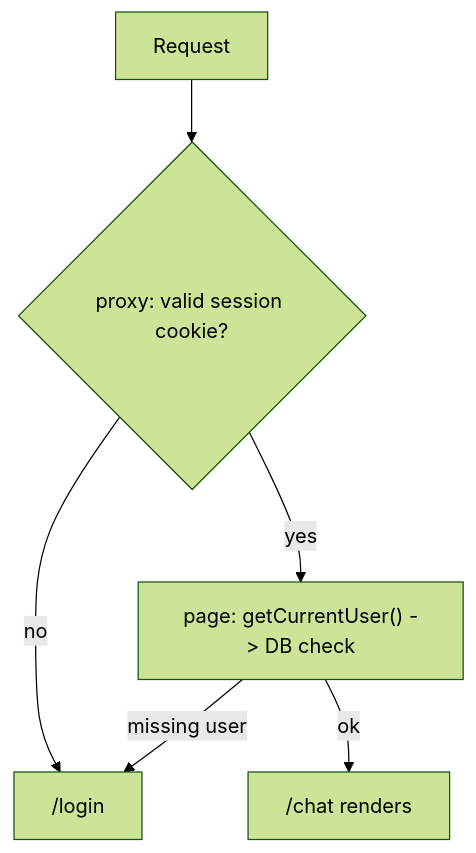
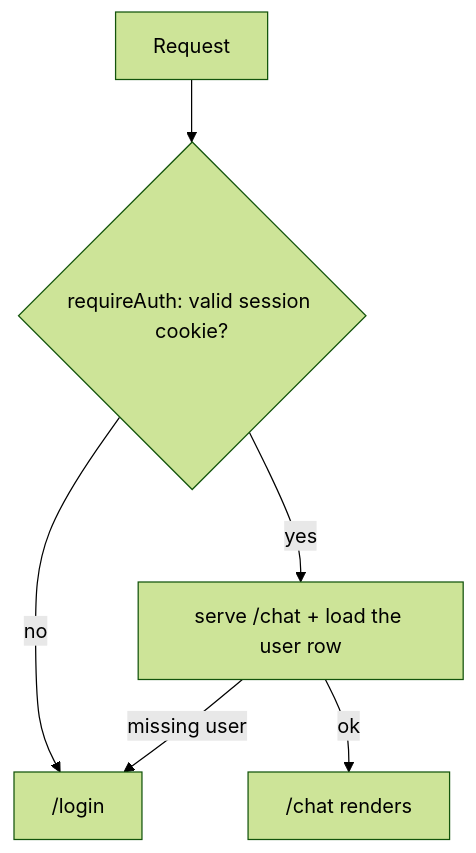
The second of 2 diagrams in docs/AUTH.md (akashh94/akapal-geap-chat-portal), drawn with Mermaid (forest theme) before and after one commit. The commit also changed other lines of this file and 7 other files, not shown here.

````diff
--- a/docs/AUTH.md
+++ b/docs/AUTH.md
@@ -30,8 +30,8 @@
 ```mermaid
 flowchart TD
-  R["Request"] --> P{"proxy: valid session cookie?"}
+  R["Request"] --> P{"requireAuth: valid session cookie?"}
   P -- "no" --> L["/login"]
-  P -- "yes" --> D["page: getCurrentUser() -> DB check"]
+  P -- "yes" --> D["serve /chat + load the user row"]
   D -- "ok" --> C["/chat renders"]
   D -- "missing user" --> L
 ```
````
